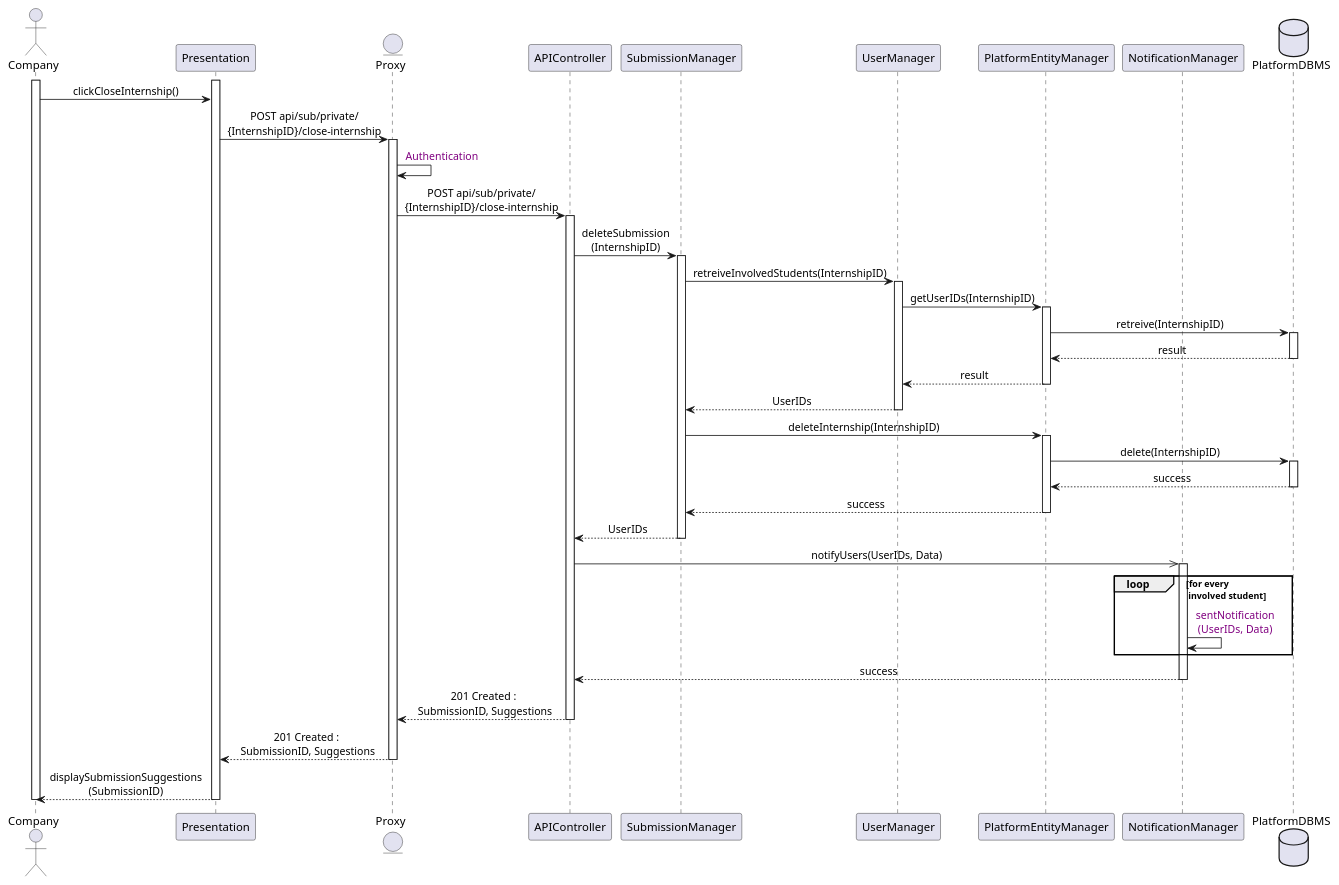
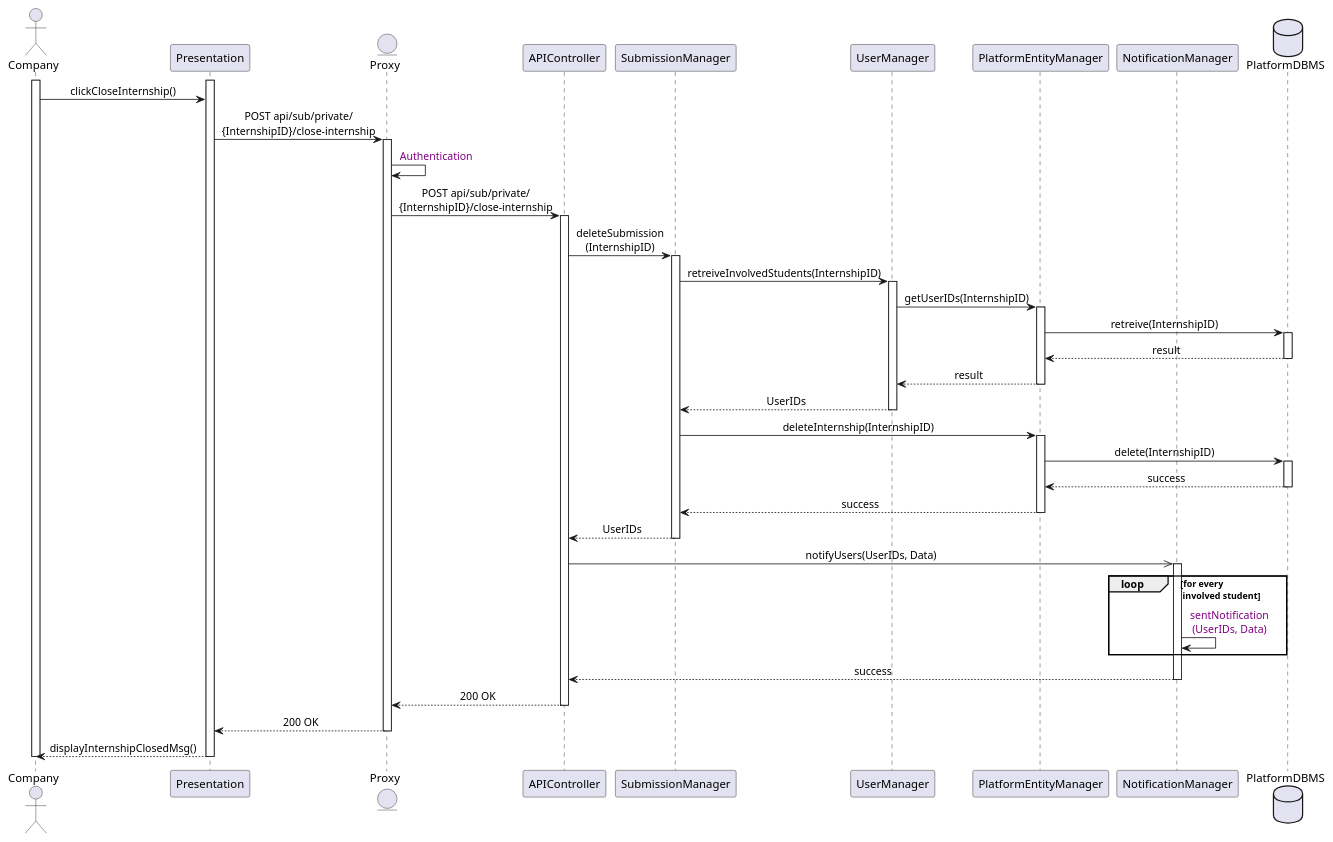
Before and after one commit to Slaitroc/RicciPaoliGrisoni: the diagram in Diagrams/SequenceDiagrams/DD/24CompanyClosesInternshipOffer.wsd, drawn with PlantUML.

Commit message:
Update Company Closes Internship Offer Sequence Diagram for improved API response status clarity

```diff
--- a/Diagrams/SequenceDiagrams/DD/24CompanyClosesInternshipOffer.wsd
+++ b/Diagrams/SequenceDiagrams/DD/24CompanyClosesInternshipOffer.wsd
@@ -1,53 +1,53 @@
 @startuml CompanySubmission
 skinparam sequenceMessageAlign center
 actor       Company
 participant Presentation
 entity      Proxy
 participant APIController
 participant SubmissionManager
 participant UserManager
 participant PlatformEntityManager
 participant NotificationManager
 database    PlatformDBMS
 
 activate Company
 activate Presentation
 Company -> Presentation : clickCloseInternship()
 Presentation -> Proxy ++ : POST api/sub/private/\n{InternshipID}/close-internship
 Proxy -> Proxy  : <color:purple> Authentication
 Proxy -> APIController ++ : POST api/sub/private/\n{InternshipID}/close-internship
 APIController -> SubmissionManager : deleteSubmission\n(InternshipID)
 activate SubmissionManager
 SubmissionManager -> UserManager : retreiveInvolvedStudents(InternshipID)
 activate UserManager
 UserManager -> PlatformEntityManager ++ : getUserIDs(InternshipID)
 PlatformEntityManager -> PlatformDBMS : retreive(InternshipID)
 activate PlatformDBMS
 PlatformDBMS --> PlatformEntityManager -- : result
 PlatformEntityManager --> UserManager -- : result
 UserManager --> SubmissionManager -- : UserIDs
 
 SubmissionManager -> PlatformEntityManager : deleteInternship(InternshipID)
 activate PlatformEntityManager
 PlatformEntityManager -> PlatformDBMS : delete(InternshipID)
 activate PlatformDBMS
 PlatformDBMS --> PlatformEntityManager : success
 deactivate PlatformDBMS
 PlatformEntityManager --> SubmissionManager : success 
 deactivate PlatformEntityManager
 
 SubmissionManager --> APIController : UserIDs
 deactivate SubmissionManager
 APIController ->> NotificationManager ++ : notifyUsers(UserIDs, Data)
 loop for every\n involved student
     NotificationManager -> NotificationManager : <color:purple> sentNotification\n <color:purple>(UserIDs, Data)
 end
 NotificationManager --> APIController -- : success
-APIController --> Proxy : 201 Created :\n SubmissionID, Suggestions
+APIController --> Proxy : 200 OK
 deactivate APIController
-Proxy --> Presentation : 201 Created :\n SubmissionID, Suggestions
+Proxy --> Presentation : 200 OK
 deactivate Proxy
-Presentation --> Company : displaySubmissionSuggestions\n(SubmissionID)
+Presentation --> Company : displayInternshipClosedMsg()
 deactivate Presentation
 deactivate Company
 @enduml
```
